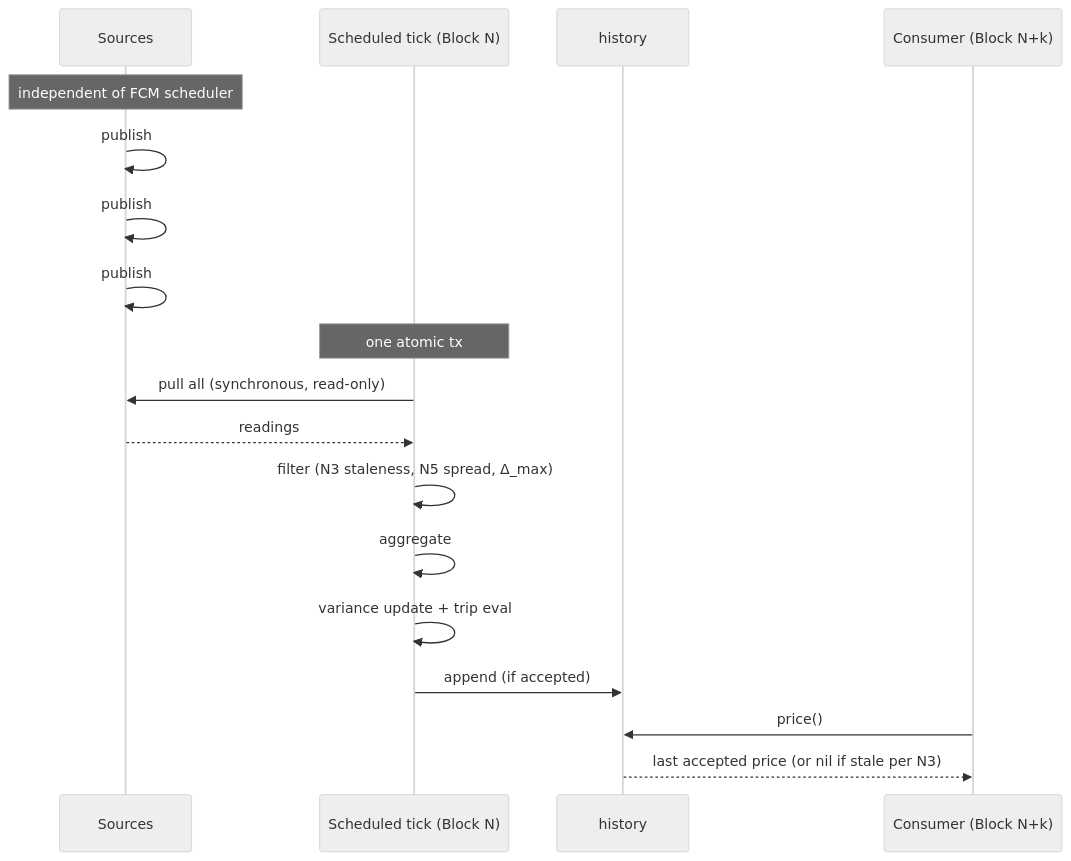
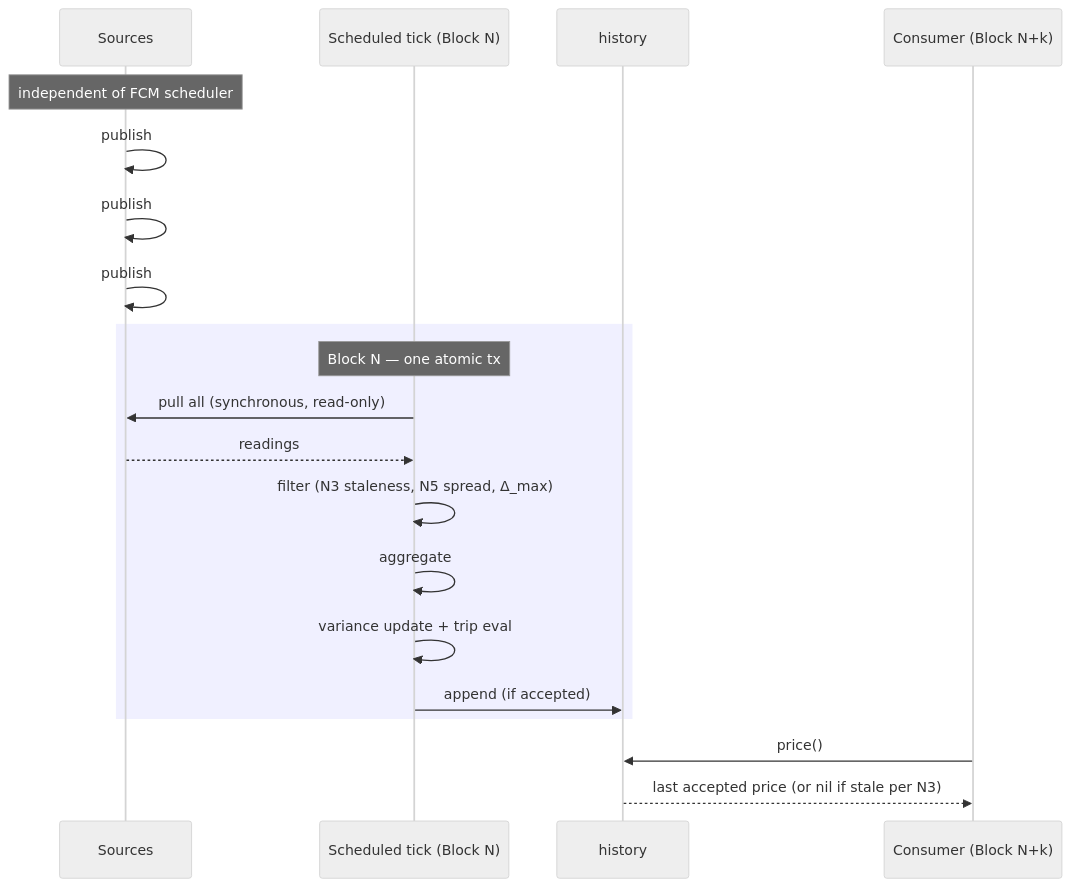
One commit to onflow/flow-credit-markets-old changed the diagram in docs/price-oracle.md. Above: the diagram before and after it, drawn with Mermaid (neutral theme). The commit also changed other lines of this file, not shown here.

Commit message:
rephrase scenario a invariant I axiom

````diff
--- a/docs/price-oracle.md
+++ b/docs/price-oracle.md
@@ -176,23 +176,25 @@
 ```mermaid
 sequenceDiagram
     participant S as Sources
     participant T as Scheduled tick (Block N)
     participant H as history
     participant C as Consumer (Block N+k)
 
     Note over S: independent of FCM scheduler
     S->>S: publish
     S->>S: publish
     S->>S: publish
 
-    Note over T: one atomic tx
+    rect rgb(240, 240, 255)
+    Note over T: Block N — one atomic tx
     T->>S: pull all (synchronous, read-only)
     S-->>T: readings
     T->>T: filter (N3 staleness, N5 spread, Δ_max)
     T->>T: aggregate
     T->>T: variance update + trip eval
     T->>H: append (if accepted)
+    end
 
     C->>H: price()
     H-->>C: last accepted price (or nil if stale per N3)
 ```
````
